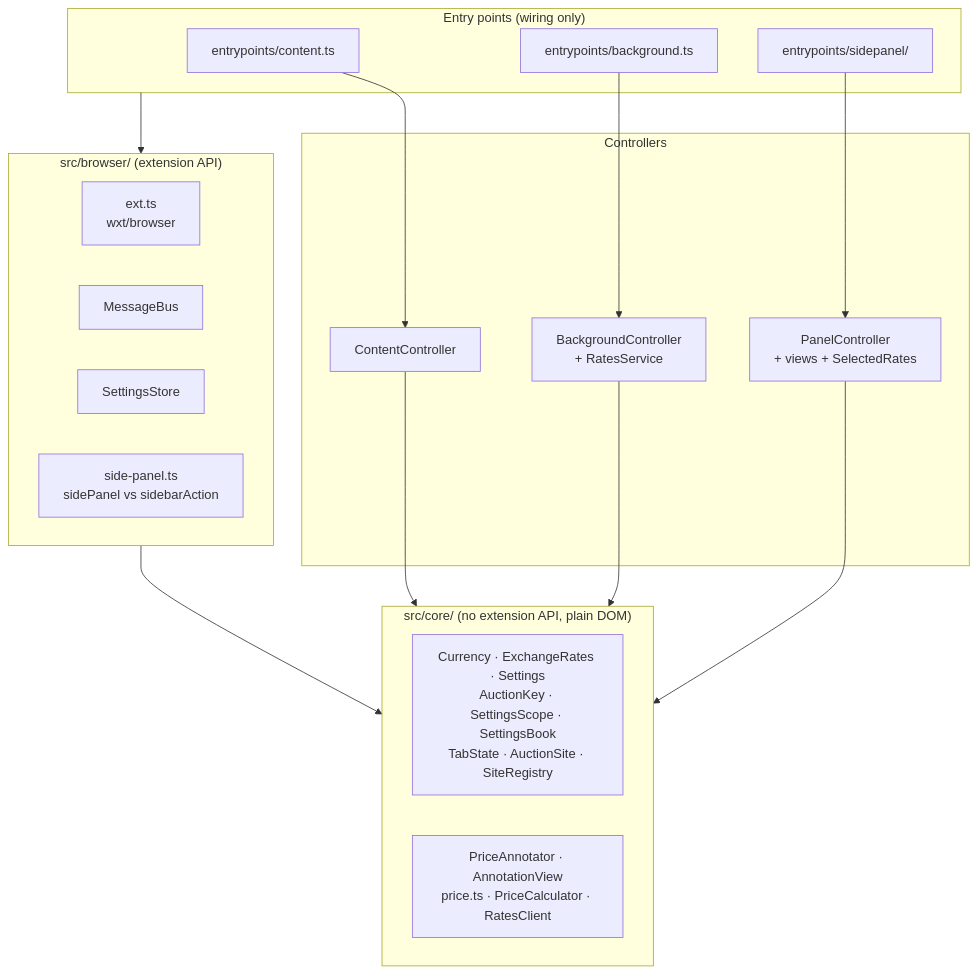
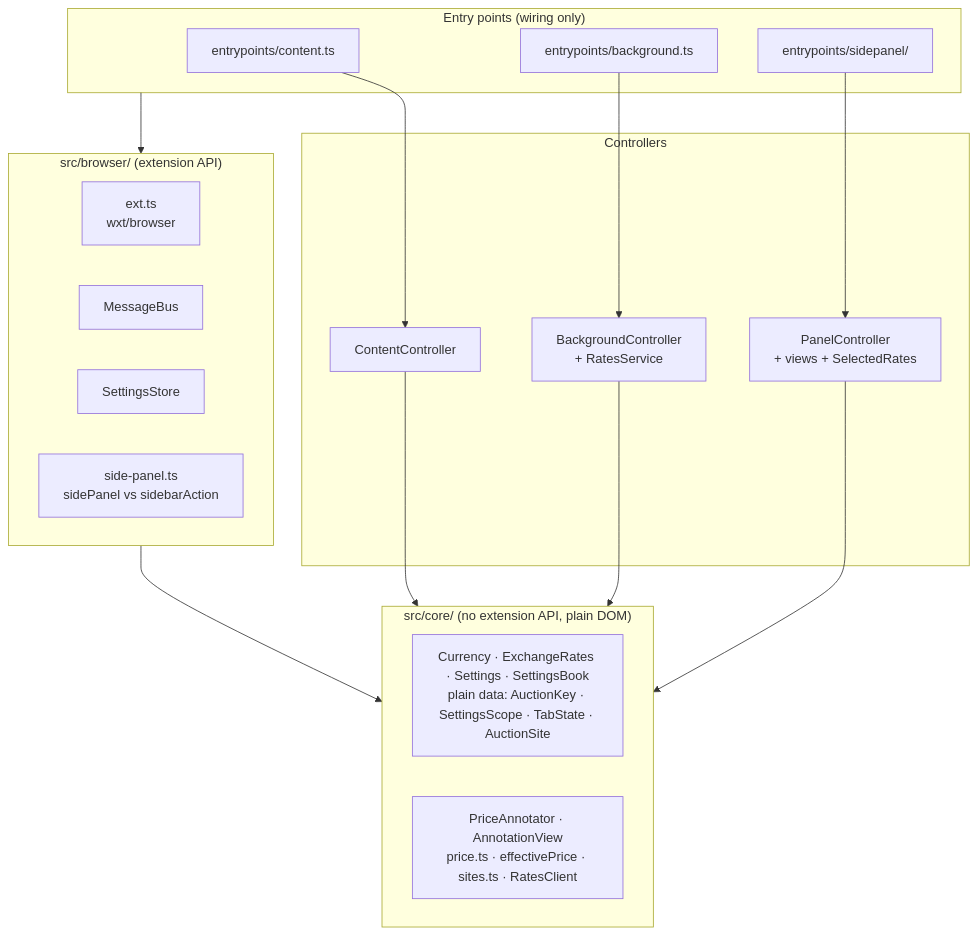
Before and after one commit to radyak/minerva-browserplugin: the first of 8 diagrams in docs/architecture.md, drawn with Mermaid. The commit also changed other lines of this file and 43 other files, not shown here.

````diff
--- a/docs/architecture.md
+++ b/docs/architecture.md
@@ -15,32 +15,32 @@
 ```mermaid
 flowchart TB
   subgraph entry["Entry points (wiring only)"]
     content_js["entrypoints/content.ts"]
     background_js["entrypoints/background.ts"]
     panel_js["entrypoints/sidepanel/"]
   end
   subgraph controllers["Controllers"]
     CC["ContentController"]
     BC["BackgroundController<br/>+ RatesService"]
     PC["PanelController<br/>+ views + SelectedRates"]
   end
   subgraph browser["src/browser/ (extension API)"]
     ext["ext.ts<br/>wxt/browser"]
     bus["MessageBus"]
     store["SettingsStore"]
     side["side-panel.ts<br/>sidePanel vs sidebarAction"]
   end
   subgraph core["src/core/ (no extension API, plain DOM)"]
-    domain["Currency · ExchangeRates · Settings<br/>AuctionKey · SettingsScope · SettingsBook<br/>TabState · AuctionSite · SiteRegistry"]
-    logic["PriceAnnotator · AnnotationView<br/>price.ts · PriceCalculator · RatesClient"]
+    domain["Currency · ExchangeRates · Settings · SettingsBook<br/>plain data: AuctionKey · SettingsScope · TabState · AuctionSite"]
+    logic["PriceAnnotator · AnnotationView<br/>price.ts · effectivePrice · sites.ts · RatesClient"]
   end
 
   content_js --> CC
   background_js --> BC
   panel_js --> PC
   entry --> browser
   CC --> core
   BC --> core
   PC --> core
   browser --> core
 ```
````
